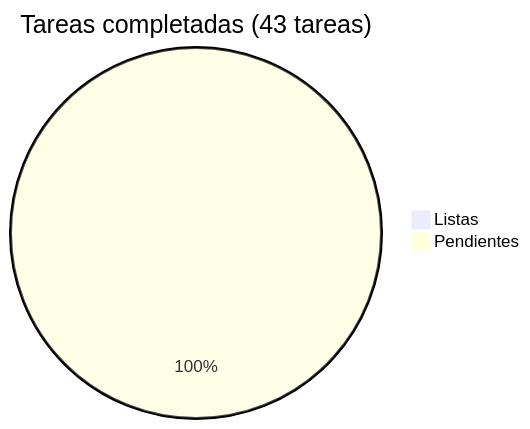
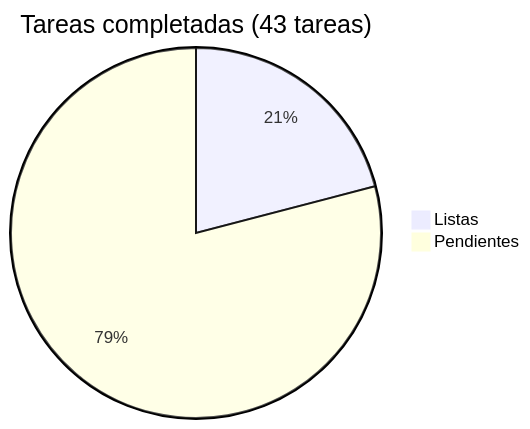
Before and after one commit to adelgadox/centroacopiove: the diagram in docs/roadmap/README.md, drawn with Mermaid. The commit also changed other lines of this file and 33 other files, not shown here.

````diff
--- a/docs/roadmap/README.md
+++ b/docs/roadmap/README.md
@@ -5,5 +5,5 @@
 ```mermaid
 pie title Tareas completadas (43 tareas)
-    "Listas" : 0
-    "Pendientes" : 43
+    "Listas" : 9
+    "Pendientes" : 34
 ```
````
